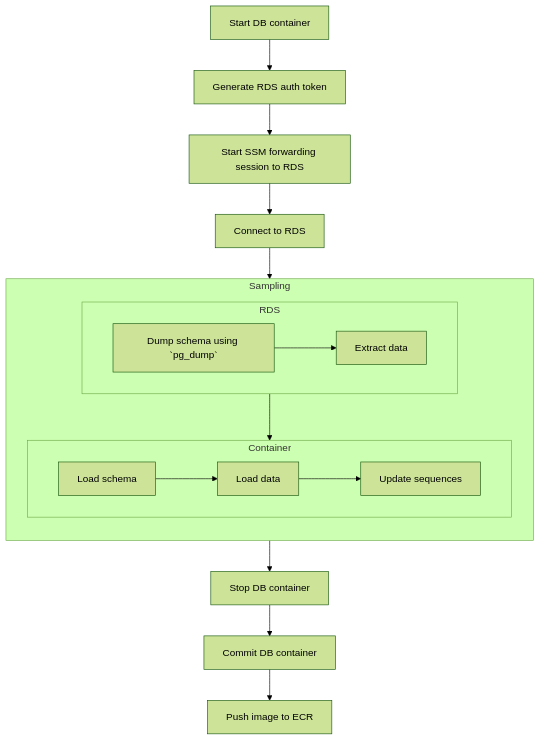
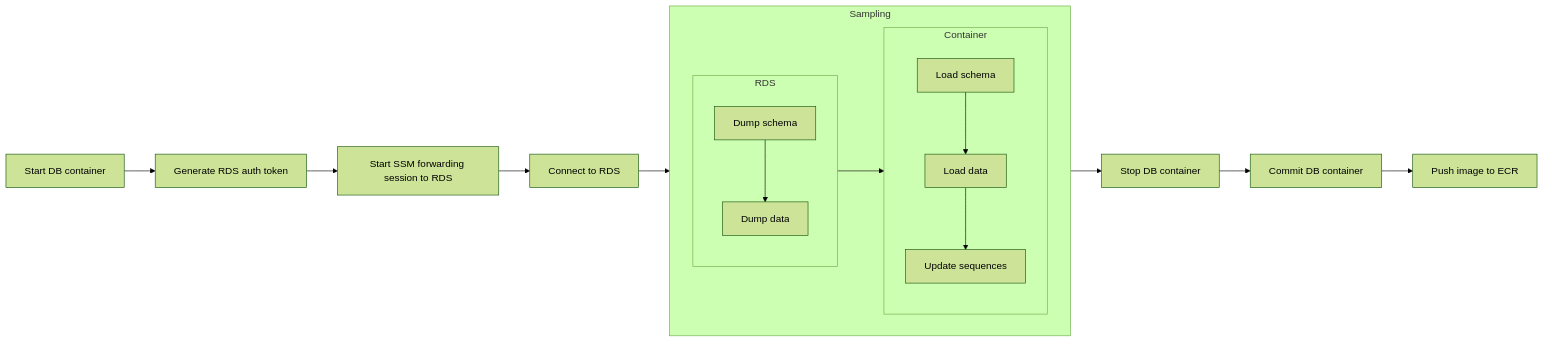
The first of 2 diagrams in static/posts/2/index.md (lasuillard/lasuillard.github.io), drawn with Mermaid (forest theme) before and after one commit. The commit also changed other lines of this file and 33 other files, not shown here.

````diff
--- a/static/posts/2/index.md
+++ b/static/posts/2/index.md
@@ -121,26 +110,28 @@
 ```mermaid
-graph TB
+graph LR
    start-db-container[Start DB container] -->
    generate-db-auth-token[Generate RDS auth token] -->
    ssm-forwarding-session[Start SSM forwarding session to RDS] -->
    create-connection[Connect to RDS] --> Sampling
 
    subgraph Sampling
-       direction TB
+       direction LR
        subgraph RDS
-           dump-schema[Dump schema using `pg_dump`] -->
-           extract-data[Extract data]
+           direction TB
+           dump-schema[Dump schema] -->
+           dump-data[Dump data]
        end
        RDS --> Container
        subgraph Container
+           direction TB
            load-schema[Load schema] -->
            load-data[Load data] -->
            update-sequences[Update sequences]
        end
    end
 
    Sampling -->
    stop-db-container[Stop DB container] -->
    commit-db-image[Commit DB container] -->
    push-to-ecr[Push image to ECR]
 ```
````
